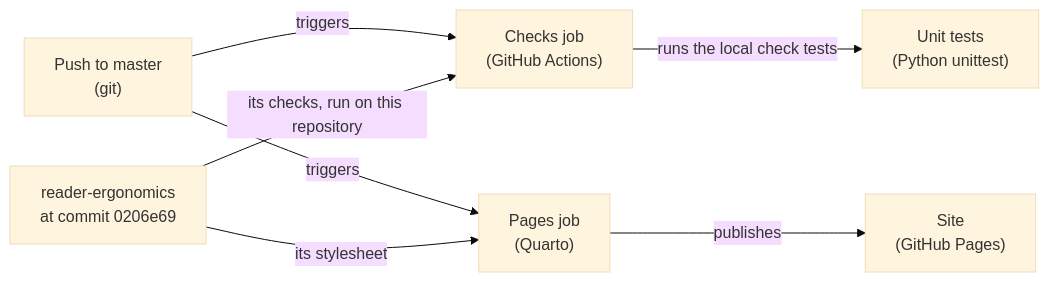
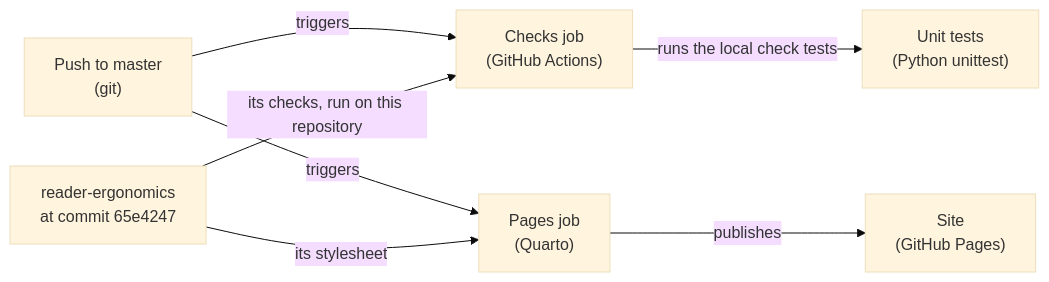
Before and after one commit to Tewf/reader-ergonomics-software-design: the diagram in shapes/system-diagram.md, drawn with Mermaid (base theme). The commit also changed other lines of this file and 29 other files, not shown here.

First line of the commit message:
Pin reader-ergonomics v1.24.2

````diff
--- a/shapes/system-diagram.md
+++ b/shapes/system-diagram.md
@@ -80,9 +80,9 @@
 ```mermaid
 flowchart LR
     push["Push to master<br/>(git)"] -->|"triggers"| checks["Checks job<br/>(GitHub Actions)"]
-    standard["reader-ergonomics<br/>at commit 0206e69"] -->|"its checks, run on this repository"| checks
+    standard["reader-ergonomics<br/>at commit 65e4247"] -->|"its checks, run on this repository"| checks
     checks -->|"runs the local check tests"| tests["Unit tests<br/>(Python unittest)"]
     push -->|"triggers"| pages["Pages job<br/>(Quarto)"]
     standard -->|"its stylesheet"| pages
     pages -->|"publishes"| site["Site<br/>(GitHub Pages)"]
 ```
````
